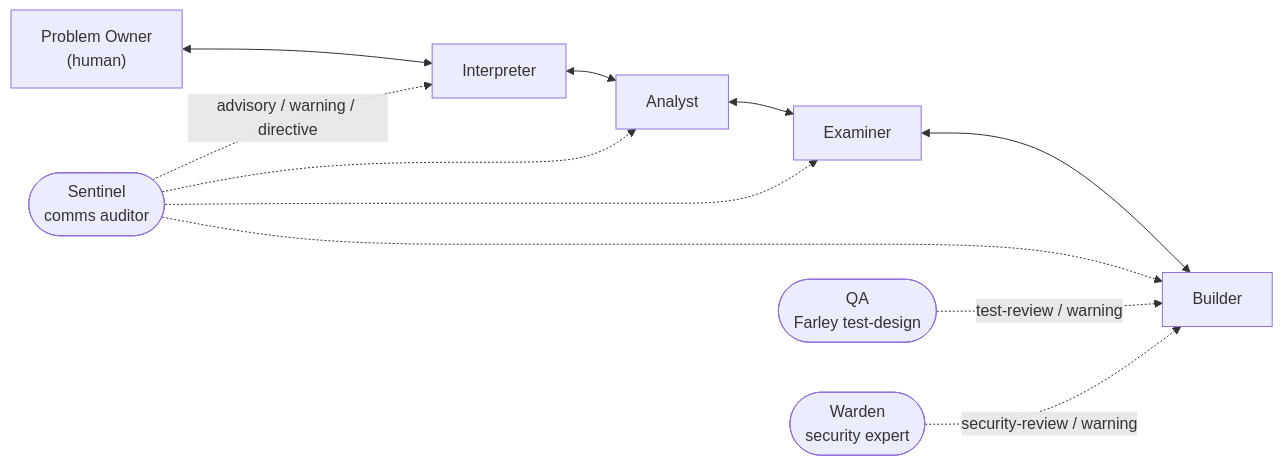
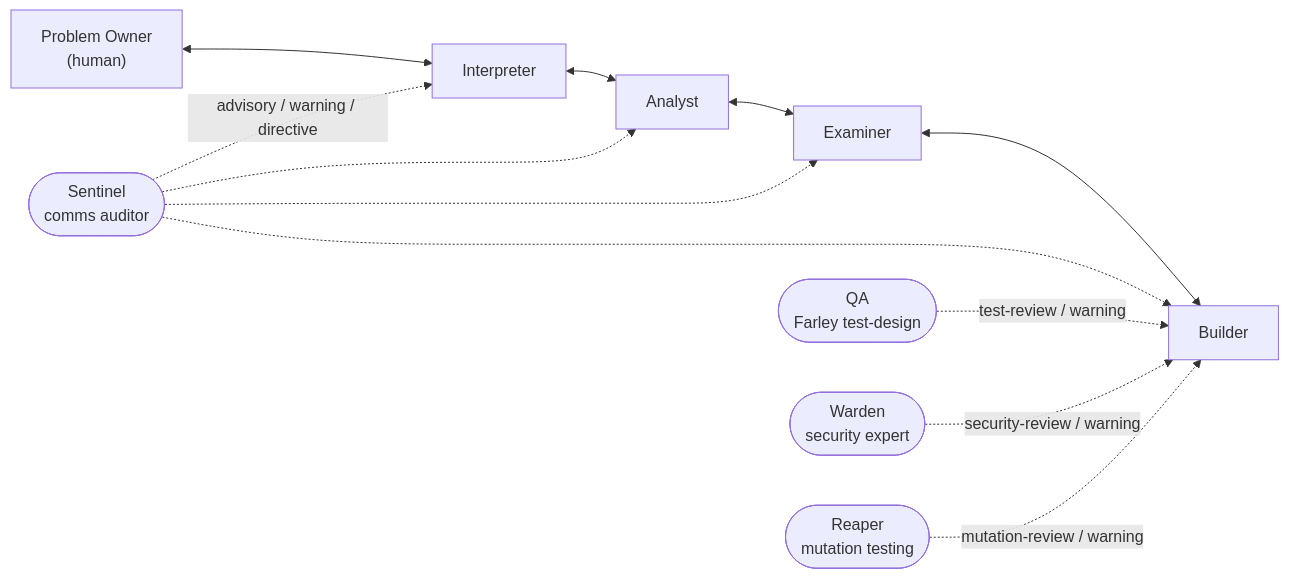
Before and after one commit to andrealaforgia/relay-agentic-model: the first of 2 diagrams in README.md, drawn with Mermaid. The commit also changed other lines of this file and 7 other files, not shown here.

First line of the commit message:
Add Reaper: mutation testing pulled out into its own observer

````diff
--- a/README.md
+++ b/README.md
@@ -13,10 +13,11 @@
 ```mermaid
 flowchart LR
     O["Problem Owner<br/>(human)"] <--> I[Interpreter] <--> A[Analyst] <--> E[Examiner] <--> B[Builder]
     S(["Sentinel<br/>comms auditor"]) -. "advisory / warning / directive" .-> I
     S -.-> A
     S -.-> E
     S -.-> B
     Q(["QA<br/>Farley test-design"]) -. "test-review / warning" .-> B
     W(["Warden<br/>security expert"]) -. "security-review / warning" .-> B
+    R(["Reaper<br/>mutation testing"]) -. "mutation-review / warning" .-> B
 ```
````
